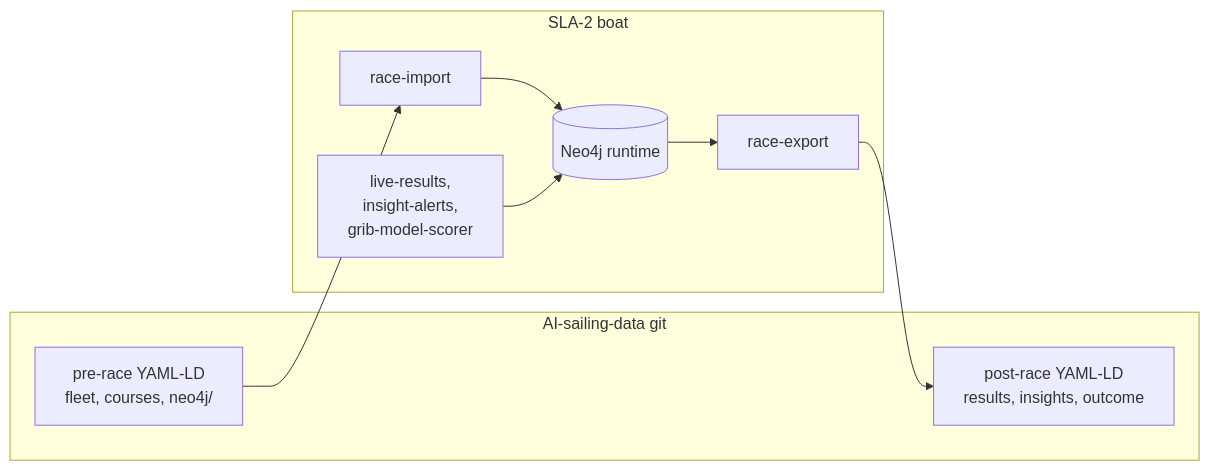
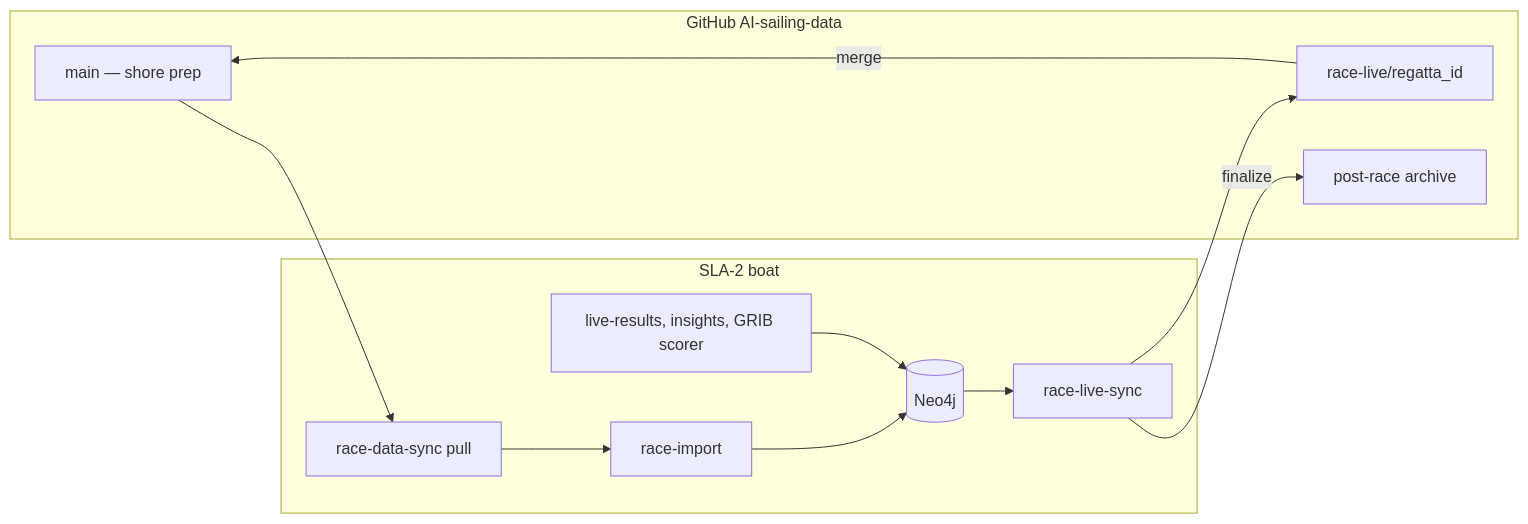
Diagram 30 of 34 in spec.md (cognite-fholm/AI-sailing-system), drawn with Mermaid before and after one commit. The commit also changed other lines of this file and 31 other files, not shown here.

First line of the commit message:
feat: race live sync, lifecycle, and zero Pi config (ADR-0025-0027)

````diff
--- a/spec.md
+++ b/spec.md
@@ -3719,18 +3736,22 @@
 ```mermaid
 flowchart LR
-  subgraph shore_git [AI-sailing-data git]
-    PRE[pre-race YAML-LD<br/>fleet, courses, neo4j/]
-    POST[post-race YAML-LD<br/>results, insights, outcome]
+  subgraph github [GitHub AI-sailing-data]
+    MAIN[main — shore prep]
+    LIVE_BR[race-live/regatta_id]
+    POST[post-race archive]
   end
 
   subgraph boat [SLA-2 boat]
+    PULL[race-data-sync pull]
     IMP[race-import]
-    NEO[(Neo4j runtime)]
-    EXP[race-export]
-    LIVE[live-results,<br/>insight-alerts,<br/>grib-model-scorer]
+    NEO[(Neo4j)]
+    SYNC[race-live-sync]
+    RUNTIME[live-results, insights, GRIB scorer]
   end
 
-  PRE --> IMP --> NEO
-  LIVE --> NEO
-  NEO --> EXP --> POST
+  MAIN --> PULL --> IMP --> NEO
+  RUNTIME --> NEO
+  NEO --> SYNC --> LIVE_BR
+  SYNC -->|finalize| POST
+  LIVE_BR -->|merge| MAIN
 ```
````
